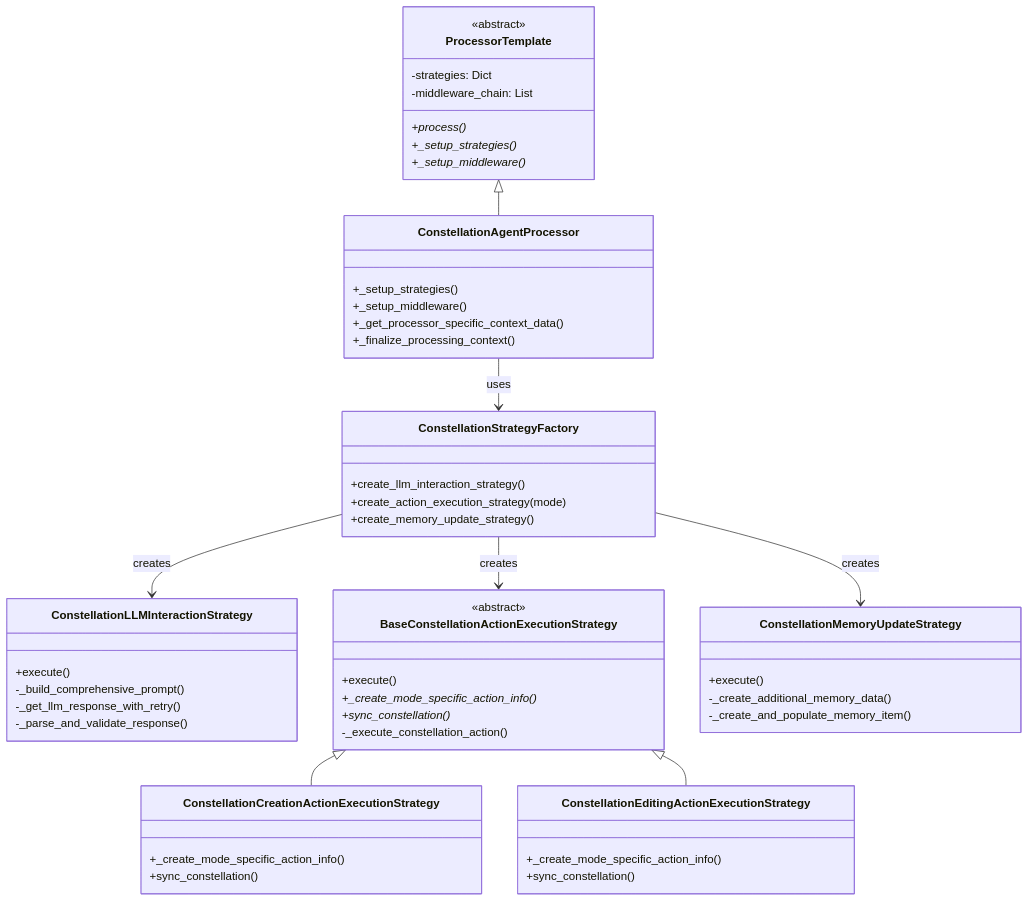
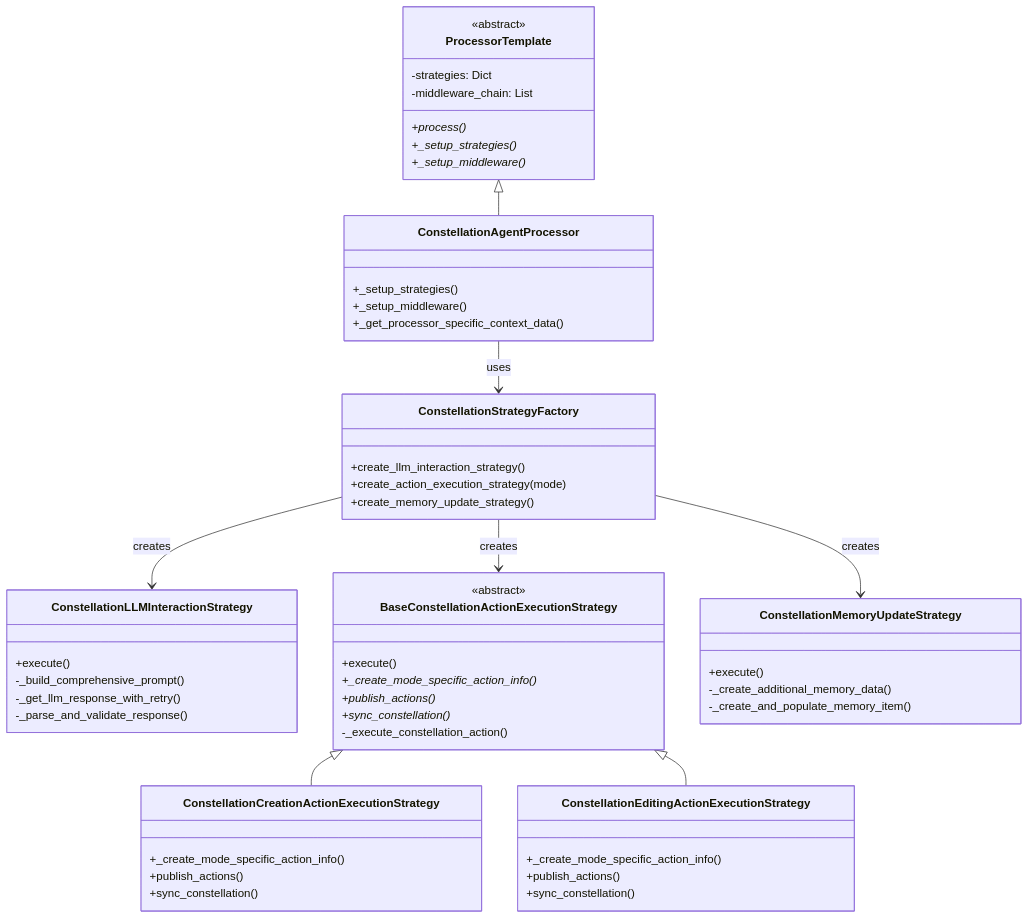
One commit to microsoft/UFO changed the first of 2 diagrams in documents/docs/galaxy/constellation_agent/strategy.md. Above: the diagram before and after it, drawn with Mermaid. The commit also changed other lines of this file and 13 other files, not shown here.

````diff
--- a/documents/docs/galaxy/constellation_agent/strategy.md
+++ b/documents/docs/galaxy/constellation_agent/strategy.md
@@ -12,63 +11,65 @@
 ```mermaid
 classDiagram
     class ProcessorTemplate {
         <<abstract>>
         +process()*
         +_setup_strategies()*
         +_setup_middleware()*
         -strategies: Dict
         -middleware_chain: List
     }
     
     class ConstellationAgentProcessor {
         +_setup_strategies()
         +_setup_middleware()
         +_get_processor_specific_context_data()
-        +_finalize_processing_context()
     }
     
     class ConstellationStrategyFactory {
         +create_llm_interaction_strategy()
         +create_action_execution_strategy(mode)
         +create_memory_update_strategy()
     }
     
     class ConstellationLLMInteractionStrategy {
         +execute()
         -_build_comprehensive_prompt()
         -_get_llm_response_with_retry()
         -_parse_and_validate_response()
     }
     
     class BaseConstellationActionExecutionStrategy {
         <<abstract>>
         +execute()
         +_create_mode_specific_action_info()*
+        +publish_actions()*
         +sync_constellation()*
         -_execute_constellation_action()
     }
     
     class ConstellationCreationActionExecutionStrategy {
         +_create_mode_specific_action_info()
+        +publish_actions()
         +sync_constellation()
     }
     
     class ConstellationEditingActionExecutionStrategy {
         +_create_mode_specific_action_info()
+        +publish_actions()
         +sync_constellation()
     }
     
     class ConstellationMemoryUpdateStrategy {
         +execute()
         -_create_additional_memory_data()
         -_create_and_populate_memory_item()
     }
     
     ProcessorTemplate <|-- ConstellationAgentProcessor
     ConstellationAgentProcessor --> ConstellationStrategyFactory : uses
     ConstellationStrategyFactory --> ConstellationLLMInteractionStrategy : creates
     ConstellationStrategyFactory --> BaseConstellationActionExecutionStrategy : creates
     ConstellationStrategyFactory --> ConstellationMemoryUpdateStrategy : creates
     BaseConstellationActionExecutionStrategy <|-- ConstellationCreationActionExecutionStrategy
     BaseConstellationActionExecutionStrategy <|-- ConstellationEditingActionExecutionStrategy
 ```
````
